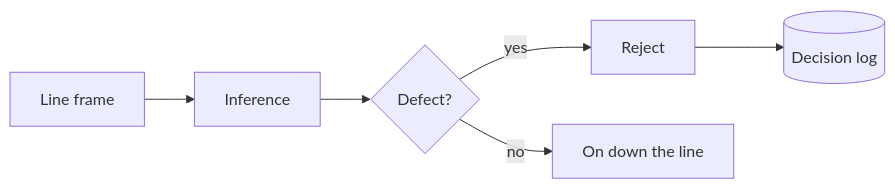
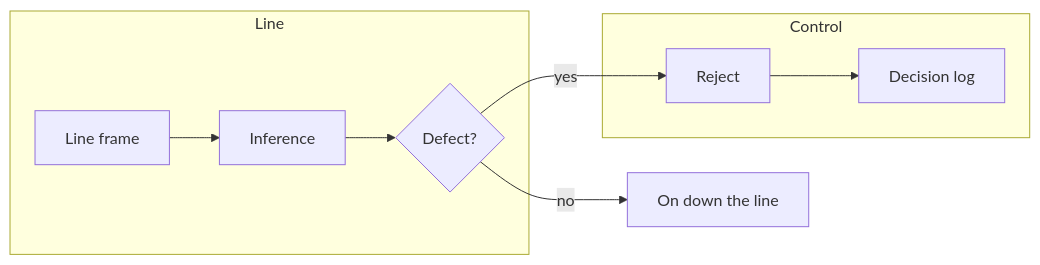
The diagram in src/shared/assets/diagrams/computer-vision-systems.defect-loop.en.mmd (Vectorfield4/login-ai), drawn with Mermaid before and after one commit. The commit also changed 602 other files, not shown here.

Commit message:
diagrams: rework all 100 schemas (state/sequence/er + subgraph)

```diff
--- a/src/shared/assets/diagrams/computer-vision-systems.defect-loop.en.mmd
+++ b/src/shared/assets/diagrams/computer-vision-systems.defect-loop.en.mmd
@@ -1,6 +1,14 @@
 flowchart LR
-  a["Line frame"] --> b["Inference"]
-  b --> c{"Defect?"}
-  c -->|yes| d["Reject"]
-  c -->|no| e["On down the line"]
-  d --> f[("Decision log")]
+  subgraph Line["Line"]
+    a["Line frame"]
+    b["Inference"]
+    c{"Defect?"}
+  end
+  subgraph Control["Control"]
+    d["Reject"]
+    e["Decision log"]
+  end
+  a --> b --> c
+  c -->|yes| d
+  c -->|no| f["On down the line"]
+  d --> e
```
